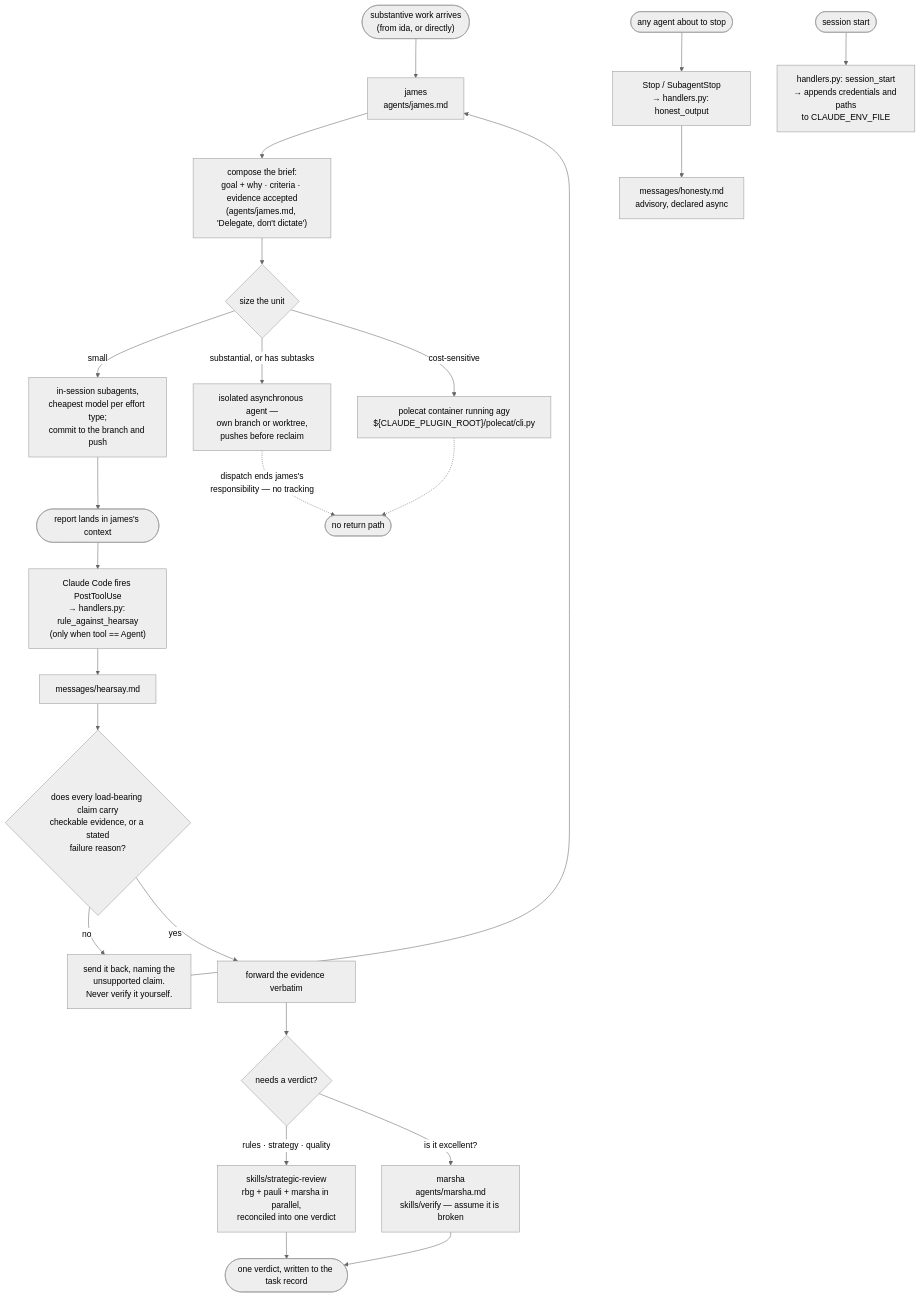
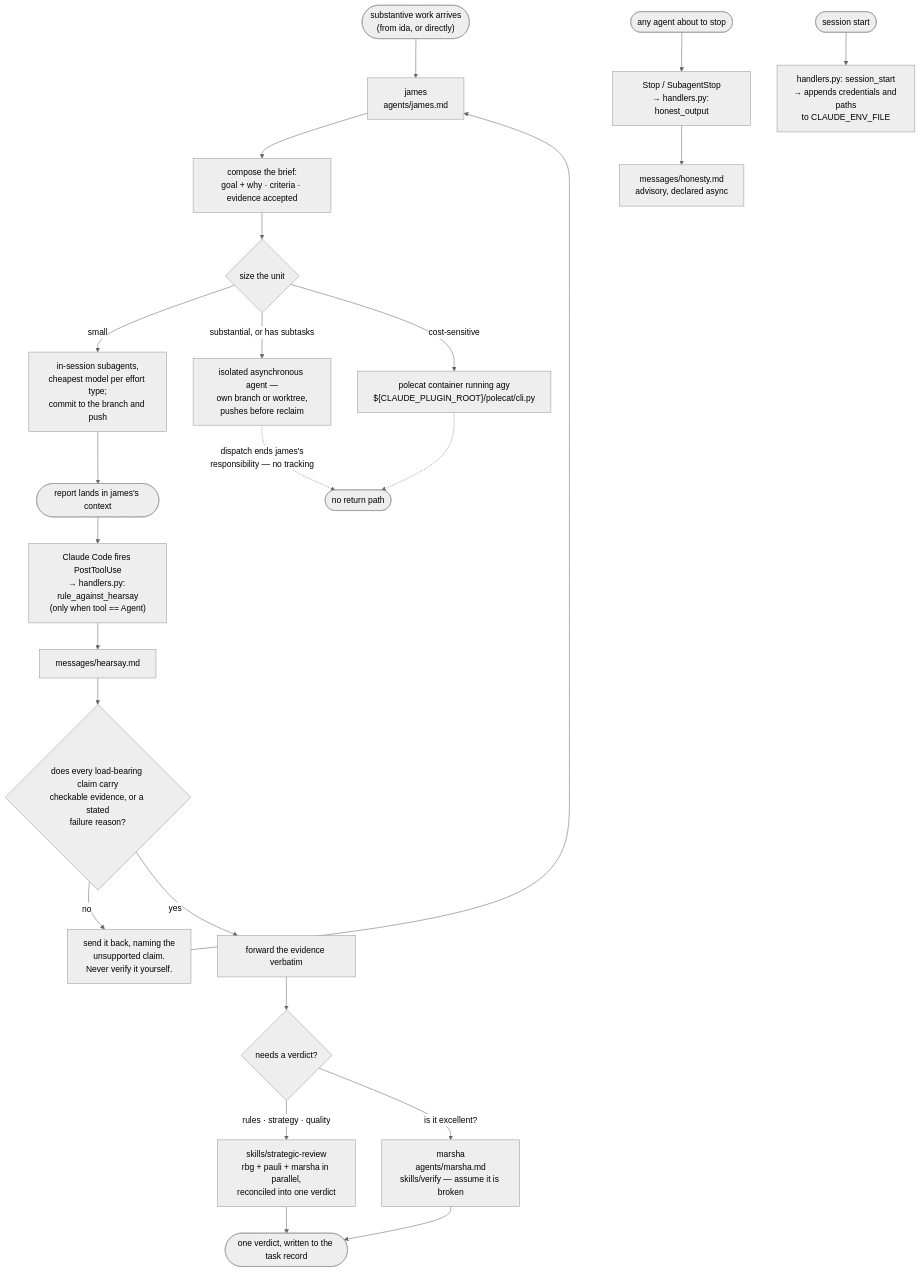
Before and after one commit to nicsuzor/academicOps: the diagram in plugins/orchestrate/README.md, drawn with Mermaid (neutral theme). The commit also changed 1 other file, not shown here.

Commit message:
docs(specs): mark the enforcement carriers this branch deleted
Three rows claimed `live` for text that is gone from the tree:

- ida "user's word outranks injection" and james "delegate, don't
  dictate" were both deleted from their agent bodies in f3c216937;
  recorded as `disconnected` in the "Was:" idiom the file already uses
- rbg's `model: sonnet` was the last model pin; no agent carries one now
- james "validate logical coherence" survives, but the obligation was
  reworded — a rejection is re-dispatched, not returned to the user
- ida's quiet gate fires on `PostToolBatch`, not `Stop`, and not on agy
- only rbg's stop hooks are `async`; orchestrate's `SubagentStop` is not

Also drops the orchestrate README's citation of a james heading that no
longer exists.

````diff
--- a/plugins/orchestrate/README.md
+++ b/plugins/orchestrate/README.md
@@ -5,32 +5,32 @@
 ```mermaid
 flowchart TD
     IN(["substantive work arrives<br/>(from ida, or directly)"]) --> J["james<br/>agents/james.md"]
-    J --> B["compose the brief:<br/>goal + why · criteria · evidence accepted<br/>(agents/james.md, 'Delegate, don't dictate')"]
+    J --> B["compose the brief:<br/>goal + why · criteria · evidence accepted"]
     B --> S{"size the unit"}
 
     S -->|small| SUB["in-session subagents,<br/>cheapest model per effort type;<br/>commit to the branch and push"]
     S -->|"substantial, or has subtasks"| ASY["isolated asynchronous agent —<br/>own branch or worktree,<br/>pushes before reclaim"]
     S -->|cost-sensitive| POL["polecat container running agy<br/>${CLAUDE_PLUGIN_ROOT}/polecat/cli.py"]
 
     ASY -.->|"dispatch ends james's<br/>responsibility — no tracking"| X([no return path])
     POL -.-> X
 
     SUB --> RET(["report lands in james's context"])
     RET --> H1["Claude Code fires PostToolUse<br/>→ handlers.py: rule_against_hearsay<br/>(only when tool == Agent)"]
     H1 --> MSG1["messages/hearsay.md"]
     MSG1 --> D{"does every load-bearing claim carry<br/>checkable evidence, or a stated<br/>failure reason?"}
     D -->|no| BACK["send it back, naming the<br/>unsupported claim.<br/>Never verify it yourself."]
     D -->|yes| FWD["forward the evidence verbatim"]
     BACK --> J
 
     FWD --> REV{"needs a verdict?"}
     REV -->|"rules · strategy · quality"| SR["skills/strategic-review<br/>rbg + pauli + marsha in parallel,<br/>reconciled into one verdict"]
     REV -->|"is it excellent?"| MAR["marsha<br/>agents/marsha.md<br/>skills/verify — assume it is broken"]
     SR --> OUT(["one verdict, written to the task record"])
     MAR --> OUT
 
     ANY(["any agent about to stop"]) --> H2["Stop / SubagentStop<br/>→ handlers.py: honest_output"]
     H2 --> MSG2["messages/honesty.md<br/>advisory, declared async"]
 
     SS(["session start"]) --> H3["handlers.py: session_start<br/>→ appends credentials and paths<br/>to CLAUDE_ENV_FILE"]
 ```
````
